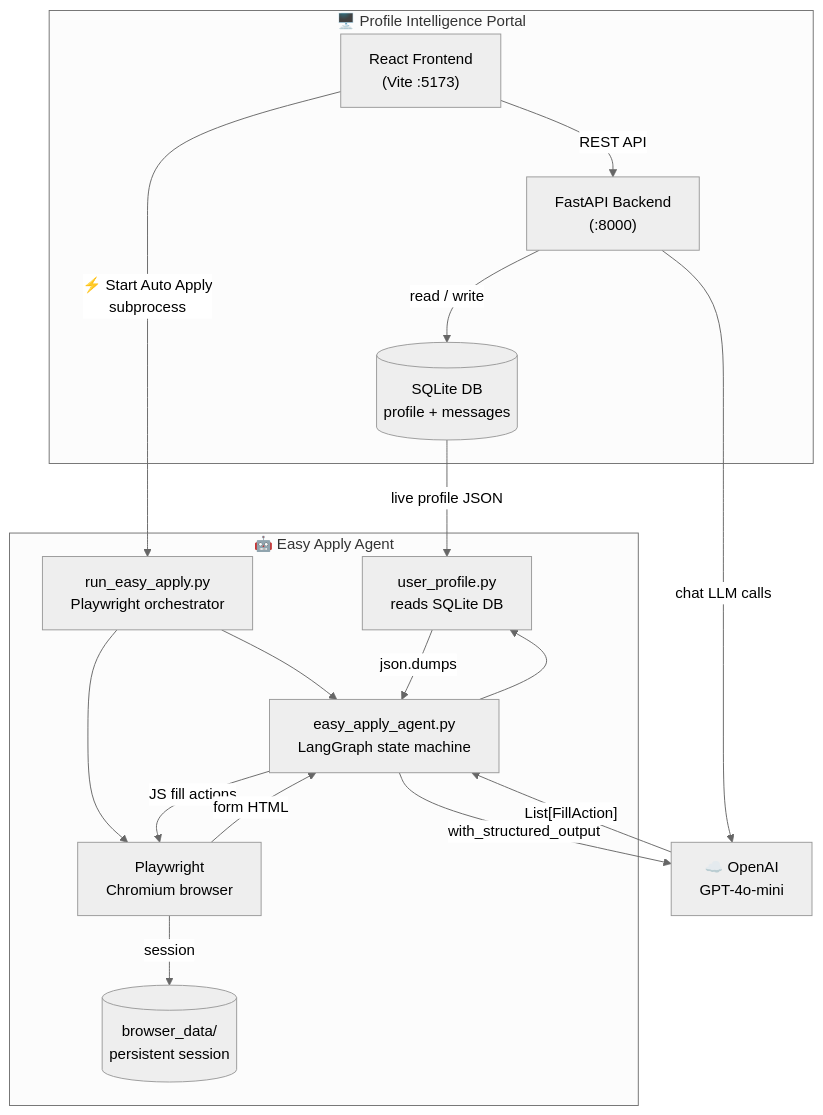
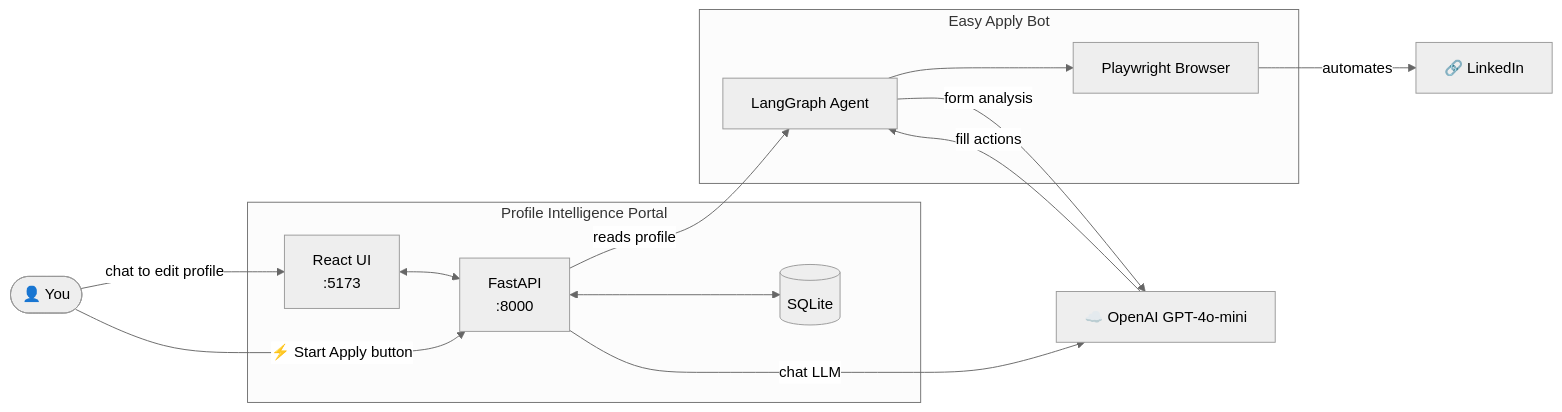
The first of 3 diagrams in README.md (akashcodejames/Agentic_Job_Apply), drawn with Mermaid (neutral theme) before and after one commit. The commit also changed other lines of this file, not shown here.

Commit message:
docs: simplify architecture diagram, add educational use disclaimer

````diff
--- a/README.md
+++ b/README.md
@@ -11,35 +13,29 @@
 ```mermaid
-graph TB
-    subgraph Portal["🖥️ Profile Intelligence Portal"]
-        FE["React Frontend<br/>(Vite :5173)"]
-        BE["FastAPI Backend<br/>(:8000)"]
-        DB[("SQLite DB<br/>profile + messages")]
+graph LR
+    You(["👤 You"])
 
-        FE -- "REST API" --> BE
-        BE -- "read / write" --> DB
+    subgraph Portal["Profile Intelligence Portal"]
+        UI["React UI<br/>:5173"]
+        API["FastAPI<br/>:8000"]
+        DB[("SQLite")]
+        UI <--> API
+        API <--> DB
     end
 
-    subgraph Agent["🤖 Easy Apply Agent"]
-        run_easy_apply["run_easy_apply.py<br/>Playwright orchestrator"]
-        easy_apply_agent["easy_apply_agent.py<br/>LangGraph state machine"]
-        user_profile["user_profile.py<br/>reads SQLite DB"]
-        playwright["Playwright<br/>Chromium browser"]
-        browser_data[("browser_data/<br/>persistent session")]
-
-        run_easy_apply --> easy_apply_agent
-        easy_apply_agent --> user_profile
-        run_easy_apply --> playwright
-        playwright -- "session" --> browser_data
+    subgraph Bot["Easy Apply Bot"]
+        Agent["LangGraph Agent"]
+        PW["Playwright Browser"]
+        Agent --> PW
     end
 
-    FE -- "⚡ Start Auto Apply<br/>subprocess" --> run_easy_apply
-    DB -- "live profile JSON" --> user_profile
-    user_profile -- "json.dumps" --> easy_apply_agent
-    easy_apply_agent -- "JS fill actions" --> playwright
-    playwright -- "form HTML" --> easy_apply_agent
+    GPT["☁️ OpenAI GPT-4o-mini"]
+    LI["🔗 LinkedIn"]
 
-    OAI["☁️ OpenAI<br/>GPT-4o-mini"]
-    easy_apply_agent -- "with_structured_output" --> OAI
-    OAI -- "List[FillAction]" --> easy_apply_agent
-    BE -- "chat LLM calls" --> OAI
+    You -- "chat to edit profile" --> UI
+    You -- "⚡ Start Apply button" --> API
+    API -- "reads profile" --> Agent
+    API -- "chat LLM" --> GPT
+    Agent -- "form analysis" --> GPT
+    GPT -- "fill actions" --> Agent
+    PW -- "automates" --> LI
 ```
````
